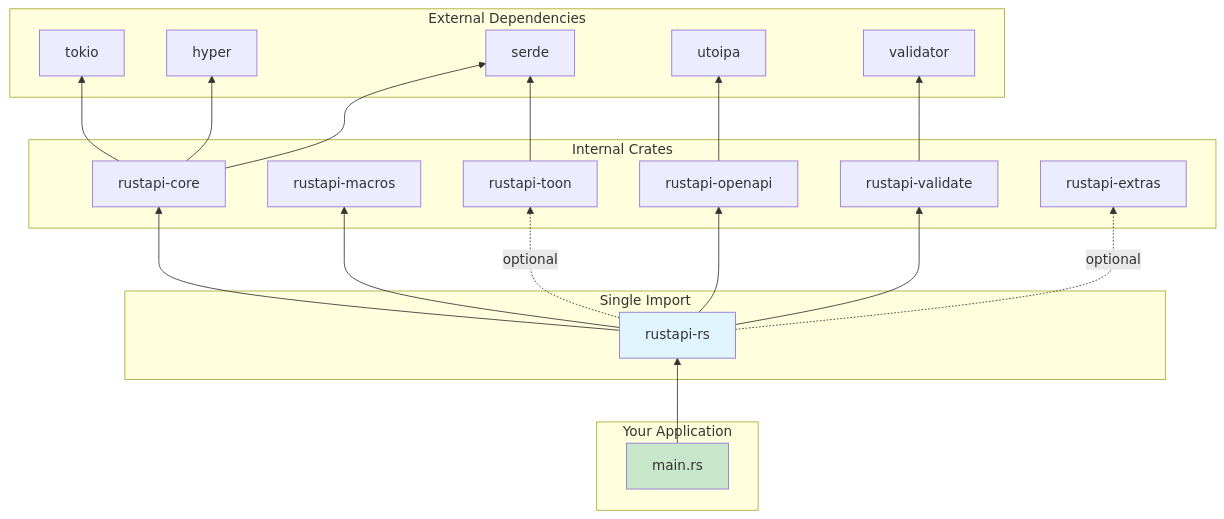
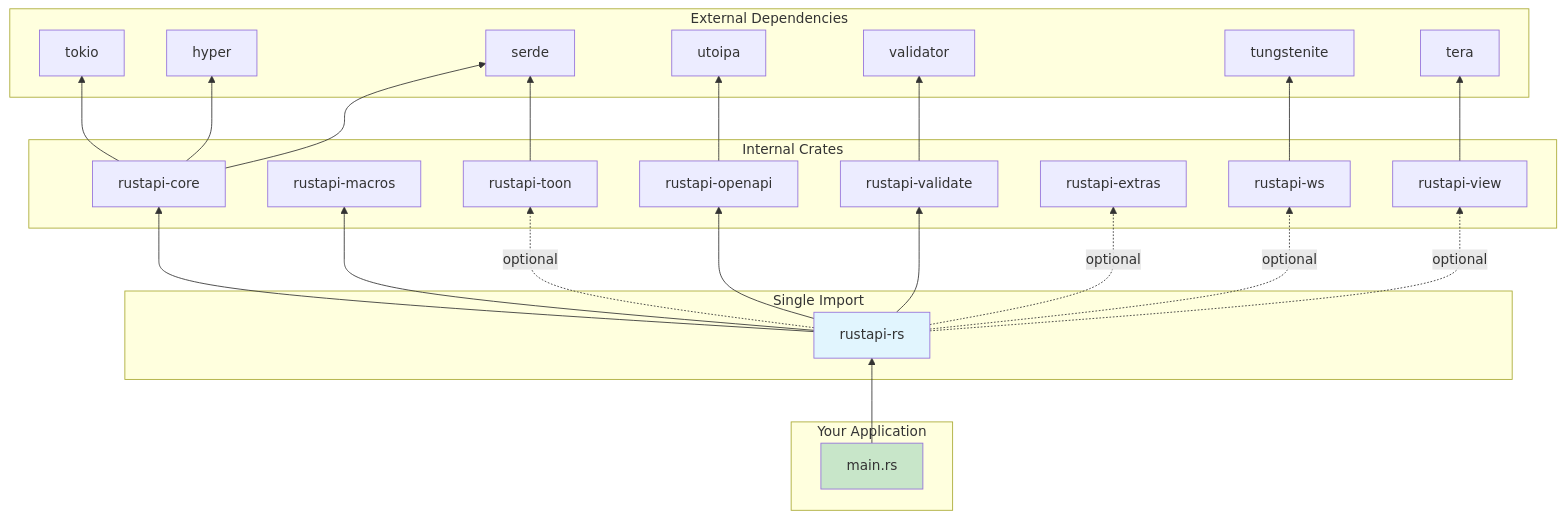
The third of 3 diagrams in README.md (Tuntii/RustAPI), drawn with Mermaid before and after one commit. The commit also changed other lines of this file and 64 other files, not shown here.

````diff
--- a/README.md
+++ b/README.md
@@ -278,45 +376,53 @@
 ```mermaid
 graph BT
     subgraph User["Your Application"]
         App[main.rs]
     end
 
     subgraph Facade["Single Import"]
         RS[rustapi-rs]
     end
 
     subgraph Internal["Internal Crates"]
         Core[rustapi-core]
         Macros[rustapi-macros]
         OpenAPI[rustapi-openapi]
         Validate[rustapi-validate]
         Toon[rustapi-toon]
         Extras[rustapi-extras]
+        WS[rustapi-ws]
+        View[rustapi-view]
     end
 
     subgraph External["External Dependencies"]
         Tokio[tokio]
         Hyper[hyper]
         Serde[serde]
         Utoipa[utoipa]
         Validator[validator]
+        Tungstenite[tungstenite]
+        Tera[tera]
     end
 
     App --> RS
     RS --> Core
     RS --> Macros
     RS --> OpenAPI
     RS --> Validate
     RS -.->|optional| Toon
     RS -.->|optional| Extras
+    RS -.->|optional| WS
+    RS -.->|optional| View
     
     Core --> Tokio
     Core --> Hyper
     Core --> Serde
     OpenAPI --> Utoipa
     Validate --> Validator
     Toon --> Serde
+    WS --> Tungstenite
+    View --> Tera
 
     style RS fill:#e1f5fe
     style App fill:#c8e6c9
 ```
````
